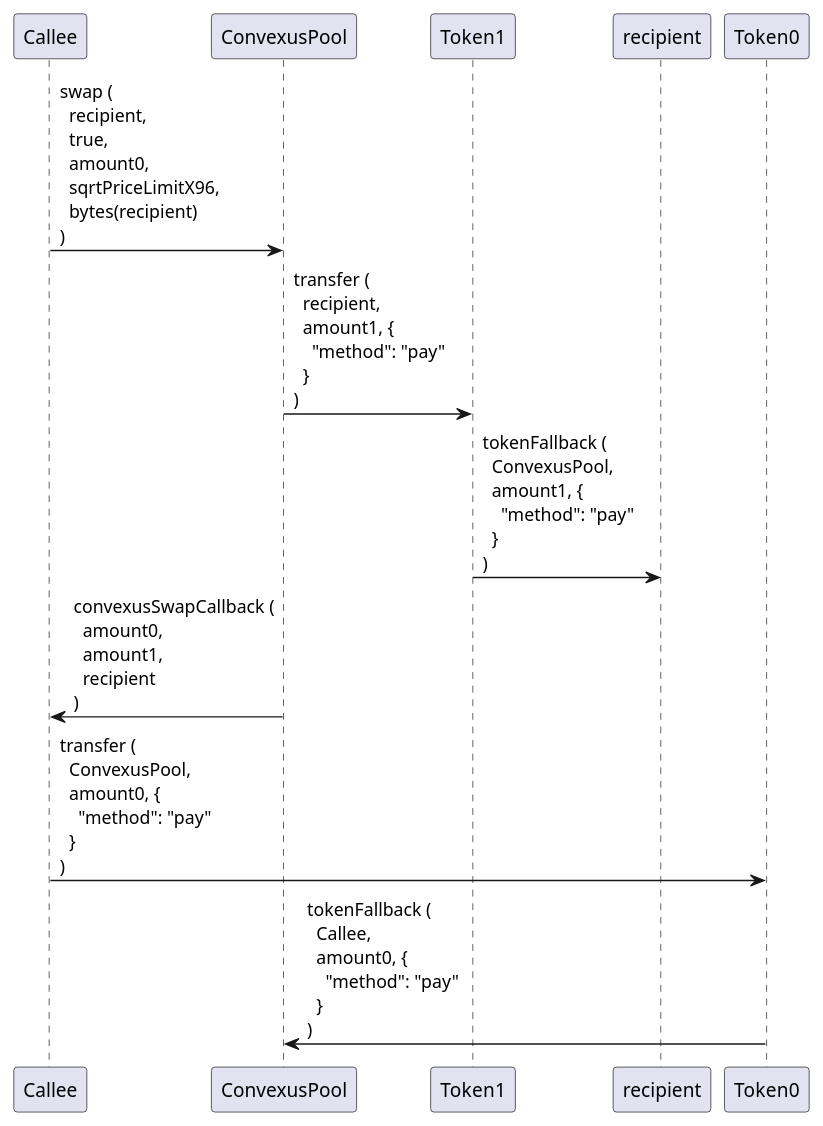
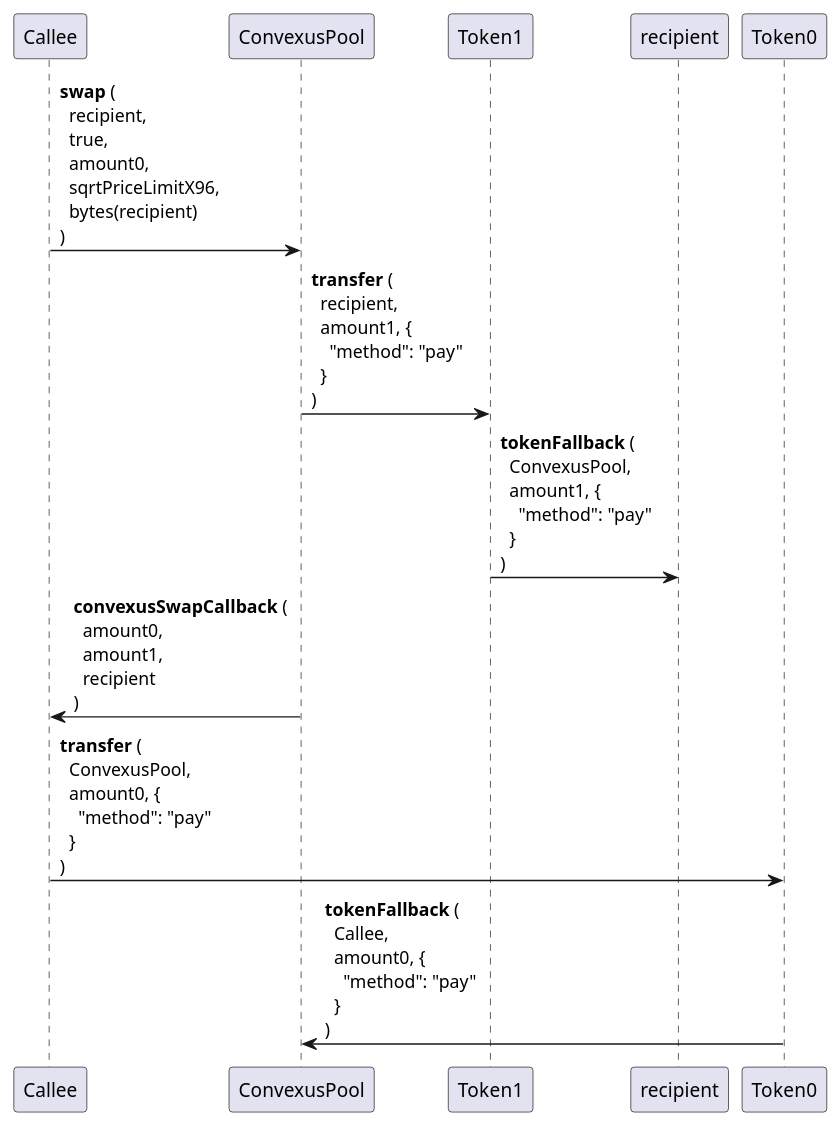
Before and after one commit to Convexus-Protocol/AMM-SCORE: the diagram in Convexus-Core/Contracts/Pool/docs/uml/swap.plantuml, drawn with PlantUML. The commit also changed 5 other files, not shown here.

```diff
--- a/Convexus-Core/Contracts/Pool/docs/uml/swap.plantuml
+++ b/Convexus-Core/Contracts/Pool/docs/uml/swap.plantuml
@@ -1,48 +1,48 @@
 @startuml Token Swap
 
 ' The Callee contract performs the swap method
-Callee -> ConvexusPool : swap ( \
-\n  recipient, \
-\n  true, \
-\n  amount0, \
-\n  sqrtPriceLimitX96, \
-\n  bytes(recipient) \
-\n)
+Callee -> ConvexusPool : **swap** ( \n\
+  recipient, \n\
+  true, \n\
+  amount0, \n\
+  sqrtPriceLimitX96, \n\
+  bytes(recipient) \n\
+)
 
 ' The swapped tokens are paid back to the recipient
-ConvexusPool -> Token1 : transfer ( \
-\n  recipient, \
-\n  amount1, { \
-\n    "method": "pay" \
-\n  } \
-\n)
+ConvexusPool -> Token1 : **transfer** ( \n\
+  recipient, \n\
+  amount1, { \n\
+    "method": "pay" \n\
+  } \n\
+)
 
-Token1 -> recipient : tokenFallback ( \
-\n  ConvexusPool, \
-\n  amount1, { \
-\n    "method": "pay" \
-\n  } \
-\n)
+Token1 -> recipient : **tokenFallback** ( \n\
+  ConvexusPool, \n\
+  amount1, { \n\
+    "method": "pay" \n\
+  } \n\
+)
 
-ConvexusPool -> Callee : convexusSwapCallback (\
-\n  amount0, \
-\n  amount1, \
-\n  recipient \
-\n)
+ConvexusPool -> Callee : **convexusSwapCallback** ( \n\
+  amount0, \n\
+  amount1, \n\
+  recipient \n\
+)
 
 ' The Callee contract send the required amount0 of token0
-Callee -> Token0 : transfer ( \
-\n  ConvexusPool, \
-\n  amount0, { \
-\n    "method": "pay" \
-\n  } \
-\n)
+Callee -> Token0 : **transfer** ( \n\
+  ConvexusPool, \n\
+  amount0, { \n\
+    "method": "pay" \n\
+  } \n\
+)
 
-Token0 -> ConvexusPool : tokenFallback ( \
-\n  Callee, \
-\n  amount0, { \
-\n    "method": "pay" \
-\n  } \
-\n)
+Token0 -> ConvexusPool : **tokenFallback** ( \n\
+  Callee, \n\
+  amount0, { \n\
+    "method": "pay" \n\
+  } \n\
+)
 
 @enduml
```
